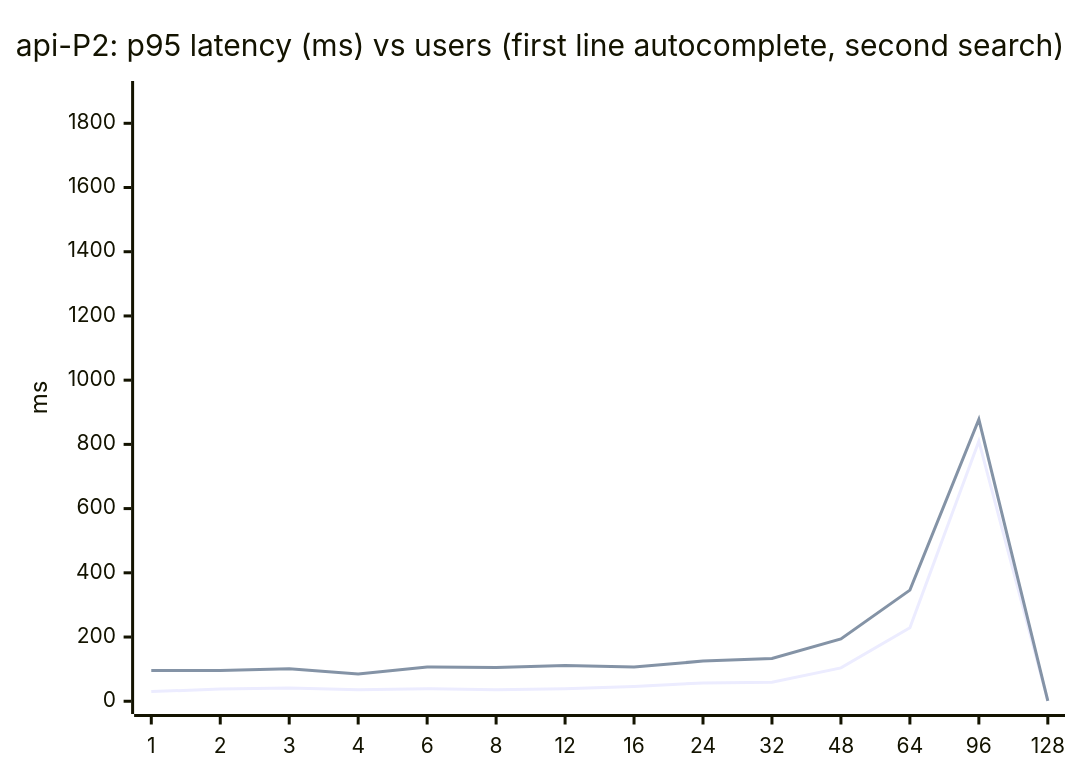
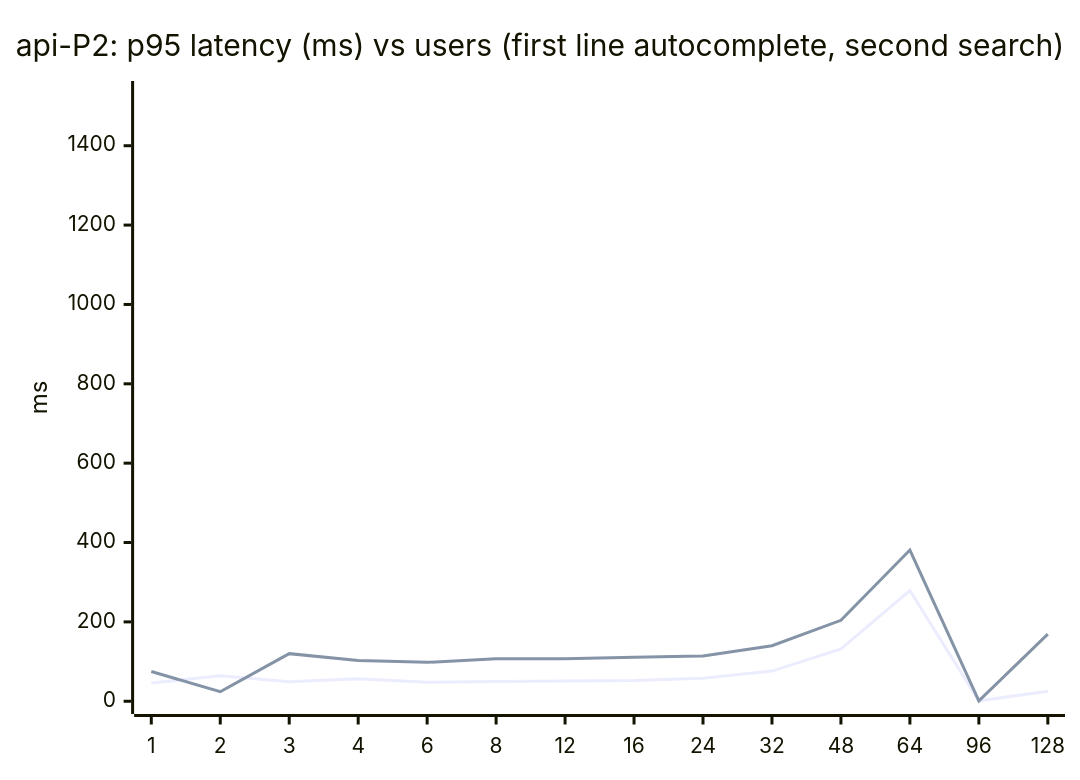
One commit to johnzastrow/pgeo changed the third of 13 diagrams in docs/LOAD_TEST_RESULTS_PGEO.md. Above: the diagram before and after it, drawn with Mermaid. The commit also changed other lines of this file and 3 other files, not shown here.

````diff
--- a/docs/LOAD_TEST_RESULTS_PGEO.md
+++ b/docs/LOAD_TEST_RESULTS_PGEO.md
@@ -100,8 +93,8 @@
 ```mermaid
 xychart-beta
     title "api-P2: p95 latency (ms) vs users (first line autocomplete, second search)"
     x-axis [1, 2, 3, 4, 6, 8, 12, 16, 24, 32, 48, 64, 96, 128]
-    y-axis "ms" 0 --> 1892
-    line [30, 38, 41, 36, 39, 36, 39, 46, 57, 59, 104, 229, 810, 1,623]
-    line [96, 96, 101, 85, 107, 105, 111, 107, 125, 133, 194, 346, 878, 1,721]
+    y-axis "ms" 0 --> 1531
+    line [46, 64, 49, 57, 48, 50, 51, 52, 58, 76, 132, 279, 1,025, 1,346]
+    line [75, 24, 120, 103, 98, 107, 107, 111, 114, 140, 204, 381, 1,169, 1,393]
 ```
````
